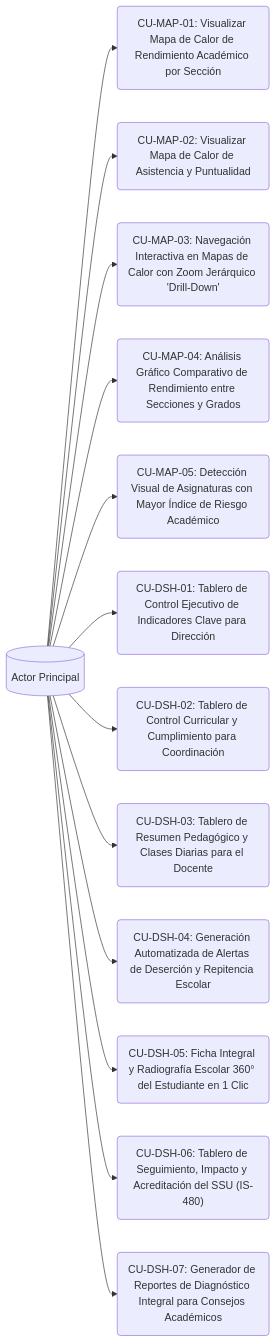
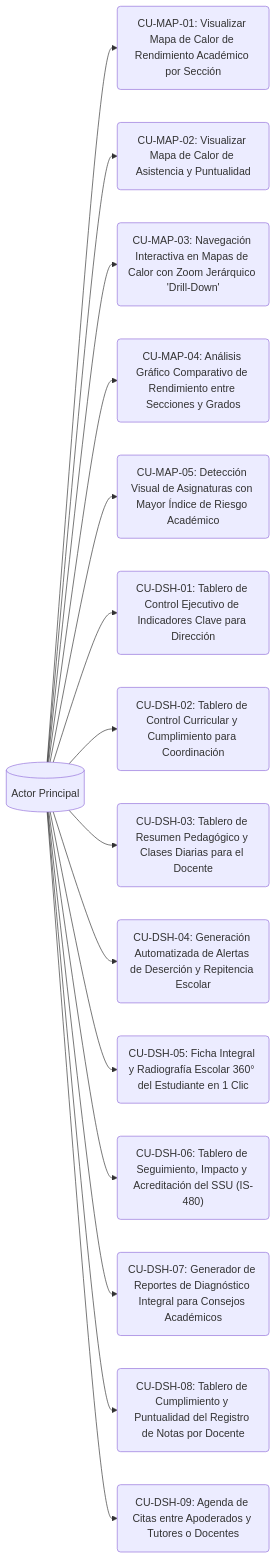
One commit to Eduardo-Sebastian-Paipay-Vega/school-management-system changed the diagram in D - Base 1 - 01092026/Fase 2/Casos de uso/Squad 4 - Analitica y Dashboards/README.md. Above: the diagram before and after it, drawn with Mermaid. The commit also changed other lines of this file and 126 other files, not shown here.

````diff
--- a/D - Base 1 - 01092026/Fase 2/Casos de uso/Squad 4 - Analitica y Dashboards/README.md
+++ b/D - Base 1 - 01092026/Fase 2/Casos de uso/Squad 4 - Analitica y Dashboards/README.md
@@ -14,16 +14,18 @@
 ```mermaid
 flowchart LR
     Actor[("Actor Principal")]
     Actor --> CU_MAP_01("CU-MAP-01: Visualizar Mapa de Calor de Rendimiento Académico por Sección")
     Actor --> CU_MAP_02("CU-MAP-02: Visualizar Mapa de Calor de Asistencia y Puntualidad")
     Actor --> CU_MAP_03("CU-MAP-03: Navegación Interactiva en Mapas de Calor con Zoom Jerárquico 'Drill-Down'")
     Actor --> CU_MAP_04("CU-MAP-04: Análisis Gráfico Comparativo de Rendimiento entre Secciones y Grados")
     Actor --> CU_MAP_05("CU-MAP-05: Detección Visual de Asignaturas con Mayor Índice de Riesgo Académico")
     Actor --> CU_DSH_01("CU-DSH-01: Tablero de Control Ejecutivo de Indicadores Clave para Dirección")
     Actor --> CU_DSH_02("CU-DSH-02: Tablero de Control Curricular y Cumplimiento para Coordinación")
     Actor --> CU_DSH_03("CU-DSH-03: Tablero de Resumen Pedagógico y Clases Diarias para el Docente")
     Actor --> CU_DSH_04("CU-DSH-04: Generación Automatizada de Alertas de Deserción y Repitencia Escolar")
     Actor --> CU_DSH_05("CU-DSH-05: Ficha Integral y Radiografía Escolar 360° del Estudiante en 1 Clic")
     Actor --> CU_DSH_06("CU-DSH-06: Tablero de Seguimiento, Impacto y Acreditación del SSU (IS-480)")
     Actor --> CU_DSH_07("CU-DSH-07: Generador de Reportes de Diagnóstico Integral para Consejos Académicos")
+    Actor --> CU_DSH_08("CU-DSH-08: Tablero de Cumplimiento y Puntualidad del Registro de Notas por Docente")
+    Actor --> CU_DSH_09("CU-DSH-09: Agenda de Citas entre Apoderados y Tutores o Docentes")
 ```
````
